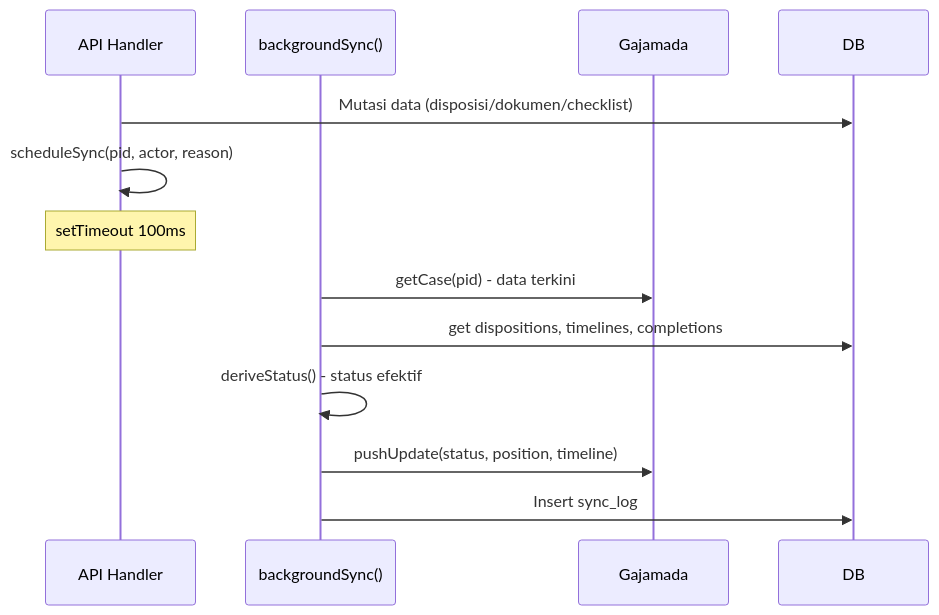
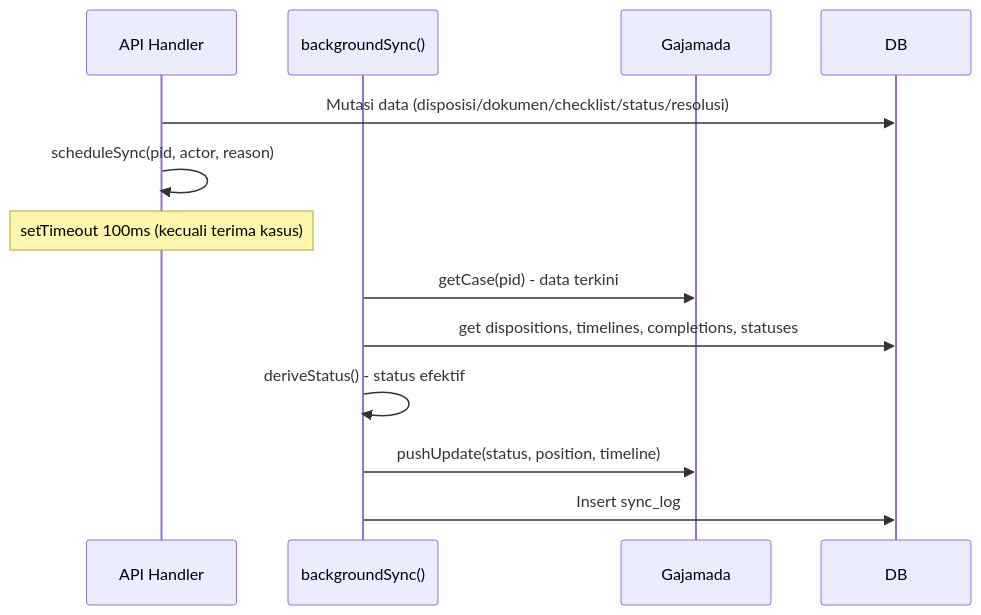
One commit to Kilodash/SIMONDU_WEB changed the fourth of 4 diagrams in brain/flow.md. Above: the diagram before and after it, drawn with Mermaid. The commit also changed other lines of this file and 22 other files, not shown here.

First line of the commit message:
feat: migrate to new Polda Jabar 3-bucket status model + unit sync from Gajamada

````diff
--- a/brain/flow.md
+++ b/brain/flow.md
@@ -86,17 +123,17 @@
 ```mermaid
 sequenceDiagram
     participant Route as API Handler
     participant Sync as backgroundSync()
     participant Gajamada
     participant DB
 
-    Route->>DB: Mutasi data (disposisi/dokumen/checklist)
+    Route->>DB: Mutasi data (disposisi/dokumen/checklist/status/resolusi)
     Route->>Route: scheduleSync(pid, actor, reason)
-    Note over Route: setTimeout 100ms
+    Note over Route: setTimeout 100ms (kecuali terima kasus)
 
     Sync->>Gajamada: getCase(pid) - data terkini
-    Sync->>DB: get dispositions, timelines, completions
+    Sync->>DB: get dispositions, timelines, completions, statuses
     Sync->>Sync: deriveStatus() - status efektif
     Sync->>Gajamada: pushUpdate(status, position, timeline)
     Sync->>DB: Insert sync_log
 ```
````
